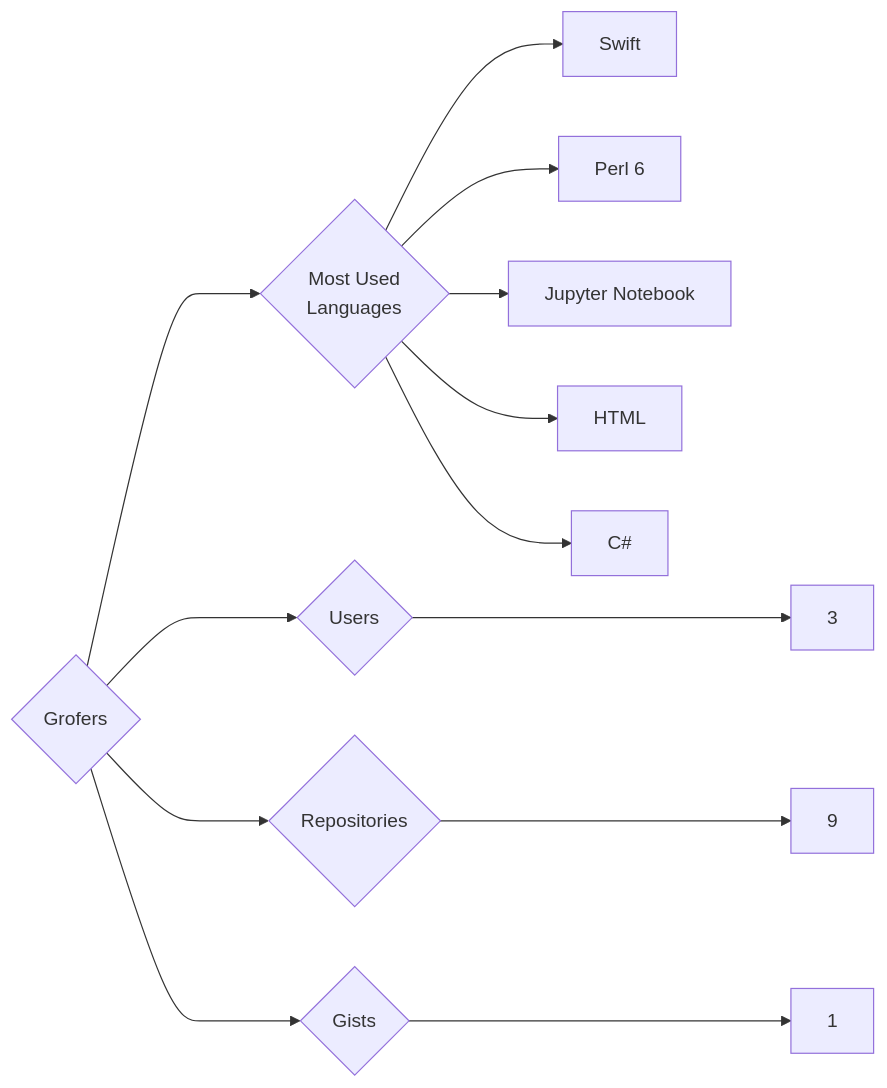
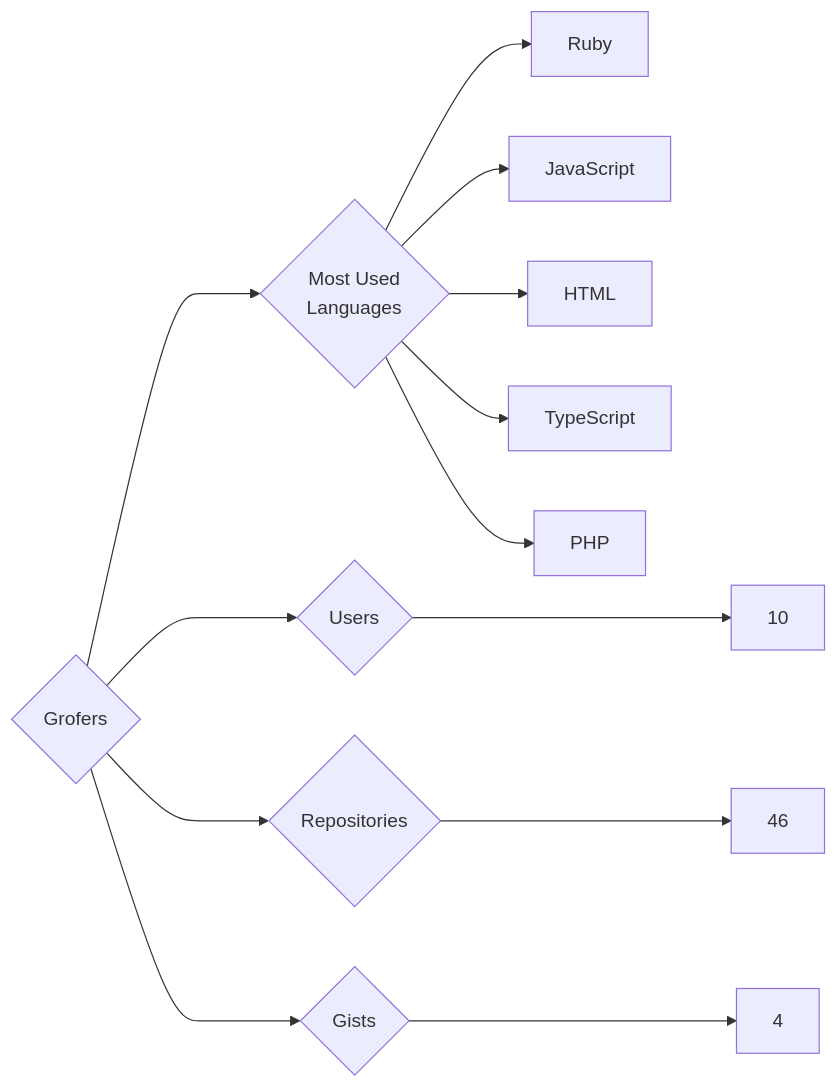
The diagram in targets/Grofers/README.md (trickest/insiders), drawn with Mermaid before and after one commit. The commit also changed 1149 other files, not shown here.

````diff
--- a/targets/Grofers/README.md
+++ b/targets/Grofers/README.md
@@ -3,13 +3,13 @@
 ```mermaid
 graph LR
 COMPANY_NAME{Grofers}
-COMPANY_NAME ---> U{Users} ---> UN[3]
-COMPANY_NAME ---> R{Repositories} ---> RN[9]
-COMPANY_NAME ---> G{Gists} ---> GN[1]
+COMPANY_NAME ---> U{Users} ---> UN[10]
+COMPANY_NAME ---> R{Repositories} ---> RN[46]
+COMPANY_NAME ---> G{Gists} ---> GN[4]
 COMPANY_NAME ---> ML{Most Used<br>Languages}
-ML --> Swift[Swift]
-ML --> Perl_6[Perl 6]
-ML --> Jupyter_Notebook[Jupyter Notebook]
+ML --> Ruby[Ruby]
+ML --> JavaScript[JavaScript]
 ML --> HTML[HTML]
-ML --> C#[C#]
+ML --> TypeScript[TypeScript]
+ML --> PHP[PHP]
 ```
````
